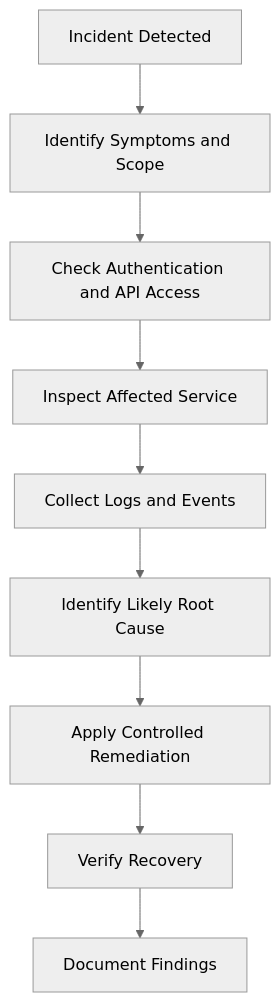
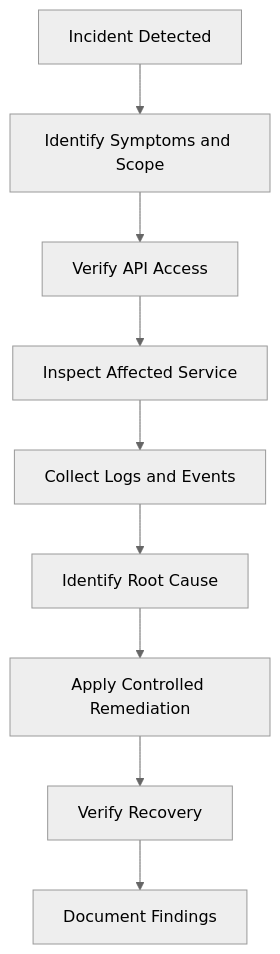
Before and after one commit to elahegivi/openstack-private-cloud-lab: the diagram in docs/troubleshooting.md, drawn with Mermaid (neutral theme). The commit also changed other lines of this file, not shown here.

````diff
--- a/docs/troubleshooting.md
+++ b/docs/troubleshooting.md
@@ -18,14 +16,14 @@
 ```mermaid
 flowchart TD
     A["Incident Detected"]
     B["Identify Symptoms and Scope"]
-    C["Check Authentication and API Access"]
+    C["Verify API Access"]
     D["Inspect Affected Service"]
     E["Collect Logs and Events"]
-    F["Identify Likely Root Cause"]
+    F["Identify Root Cause"]
     G["Apply Controlled Remediation"]
     H["Verify Recovery"]
     I["Document Findings"]
 
     A --> B --> C --> D --> E --> F --> G --> H --> I
 ```
````
